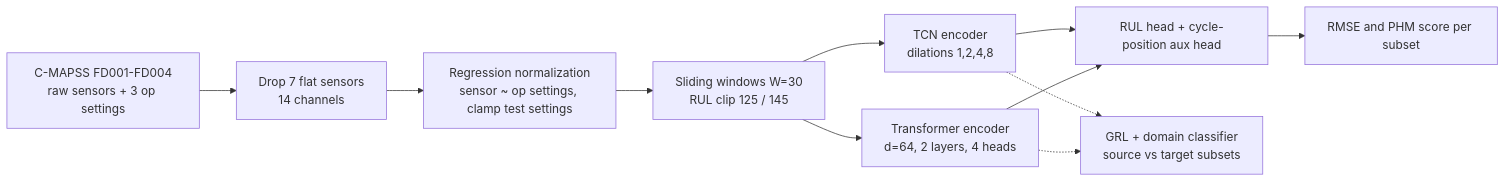
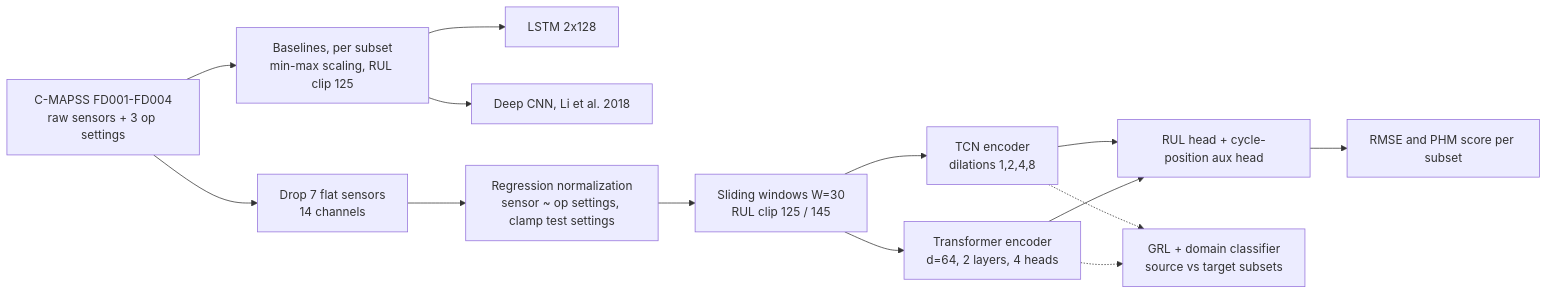
The diagram in README.md (DevSoVague/DeepLearning-Dev), drawn with Mermaid before and after one commit. The commit also changed other lines of this file and 8 other files, not shown here.

````diff
--- a/README.md
+++ b/README.md
@@ -21,13 +22,16 @@
 ```mermaid
 flowchart LR
-    A[C-MAPSS FD001-FD004<br/>raw sensors + 3 op settings] --> B[Drop 7 flat sensors<br/>14 channels]
+    A[C-MAPSS FD001-FD004<br/>raw sensors + 3 op settings] --> L[Baselines, per subset<br/>min-max scaling, RUL clip 125]
+    L --> L1[LSTM 2x128]
+    L --> L2[Deep CNN, Li et al. 2018]
+    A --> B[Drop 7 flat sensors<br/>14 channels]
     B --> C[Regression normalization<br/>sensor ~ op settings, clamp test settings]
     C --> D[Sliding windows W=30<br/>RUL clip 125 / 145]
     D --> E1[TCN encoder<br/>dilations 1,2,4,8]
     D --> E2[Transformer encoder<br/>d=64, 2 layers, 4 heads]
     E1 --> H[RUL head + cycle-position aux head]
     E2 --> H
     E1 -.-> G[GRL + domain classifier<br/>source vs target subsets]
     E2 -.-> G
     H --> M[RMSE and PHM score per subset]
 ```
````
